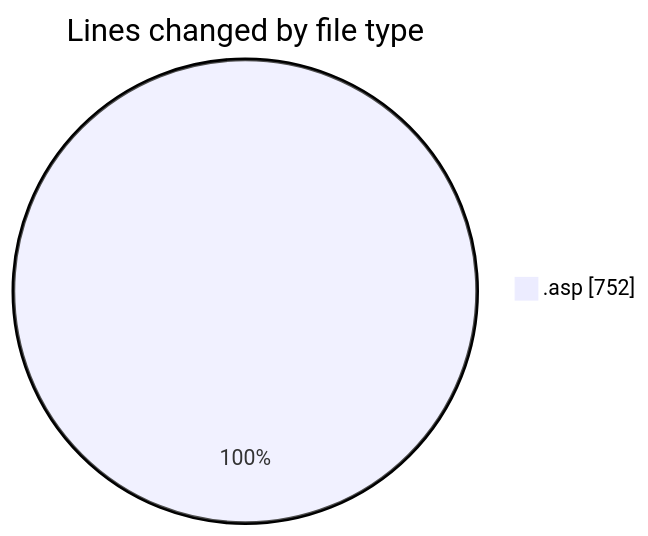
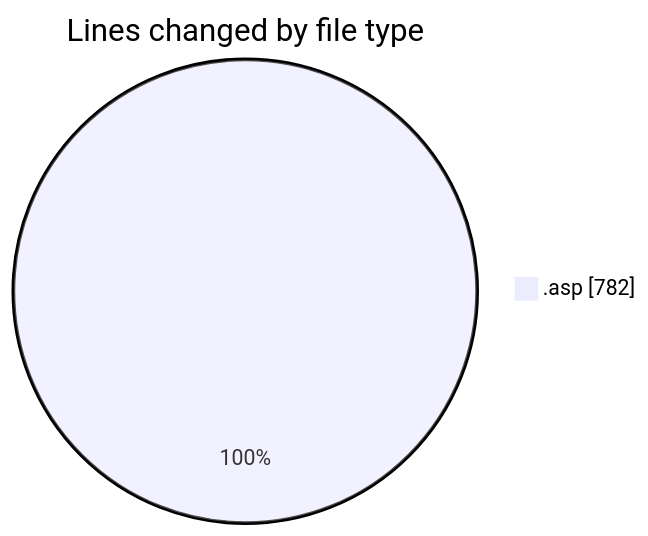
The first of 2 diagrams in 2025-10-28/usr_aleoudev_fr__workspace_/README.md (julien-gomy/code-tracking), drawn with Mermaid before and after one commit. The commit also changed other lines of this file and 1 other file, not shown here.

````diff
--- a/2025-10-28/usr_aleoudev_fr__workspace_/README.md
+++ b/2025-10-28/usr_aleoudev_fr__workspace_/README.md
@@ -22,5 +22,5 @@
 ```mermaid
 pie showData
 title Lines changed by file type
-".asp" : 752
+".asp" : 782
 ```
````
